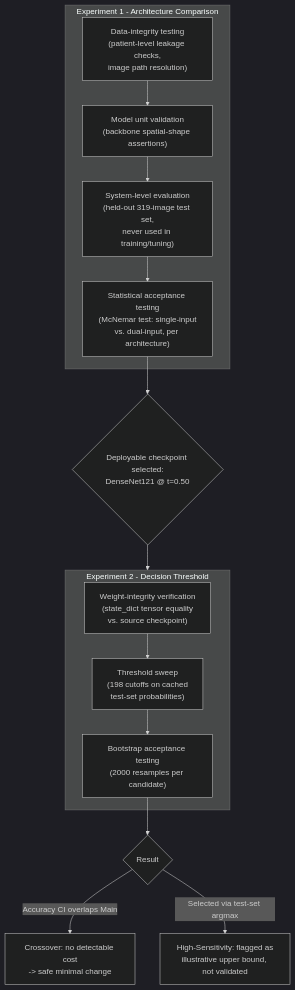
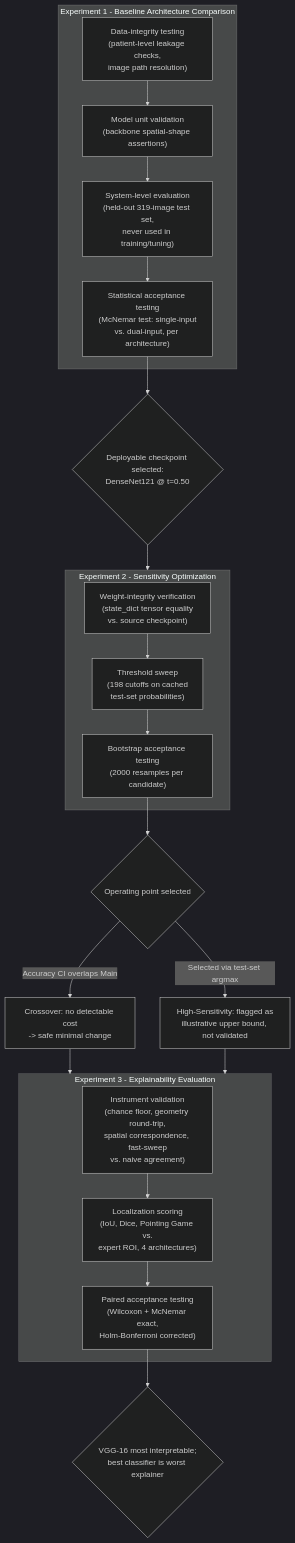
The diagram in zdocs/results_testing_evaluation.md (jesimoandrew/Explainable-Breast-Cancer-Detection-Model), drawn with Mermaid (dark theme) before and after one commit. The commit also changed other lines of this file and 1 other file, not shown here.

````diff
--- a/zdocs/results_testing_evaluation.md
+++ b/zdocs/results_testing_evaluation.md
@@ -140,17 +244,24 @@
 ```mermaid
 flowchart TD
-    subgraph P1["Experiment 1 - Architecture Comparison"]
+    subgraph P1["Experiment 1 - Baseline Architecture Comparison"]
         A["Data-integrity testing\n(patient-level leakage checks,\nimage path resolution)"] --> B["Model unit validation\n(backbone spatial-shape assertions)"]
         B --> C["System-level evaluation\n(held-out 319-image test set,\nnever used in training/tuning)"]
         C --> D["Statistical acceptance testing\n(McNemar test: single-input\nvs. dual-input, per architecture)"]
     end
     D --> H{"Deployable checkpoint selected:\nDenseNet121 @ t=0.50"}
     H --> P2
-    subgraph P2["Experiment 2 - Decision Threshold"]
+    subgraph P2["Experiment 2 - Sensitivity Optimization"]
         I["Weight-integrity verification\n(state_dict tensor equality\nvs. source checkpoint)"] --> J["Threshold sweep\n(198 cutoffs on cached\ntest-set probabilities)"]
         J --> K["Bootstrap acceptance testing\n(2000 resamples per candidate)"]
     end
-    K --> L{"Result"}
+    K --> L{"Operating point selected"}
     L -->|"Accuracy CI overlaps Main"| M["Crossover: no detectable cost\n-> safe minimal change"]
     L -->|"Selected via test-set argmax"| N["High-Sensitivity: flagged as\nillustrative upper bound, not validated"]
+    M --> P3
+    N --> P3
+    subgraph P3["Experiment 3 - Explainability Evaluation"]
+        O["Instrument validation\n(chance floor, geometry round-trip,\nspatial correspondence, fast-sweep\nvs. naive agreement)"] --> Q["Localization scoring\n(IoU, Dice, Pointing Game vs.\nexpert ROI, 4 architectures)"]
+        Q --> R["Paired acceptance testing\n(Wilcoxon + McNemar exact,\nHolm-Bonferroni corrected)"]
+    end
+    R --> S{"VGG-16 most interpretable;\nbest classifier is worst explainer"}
 ```
````
